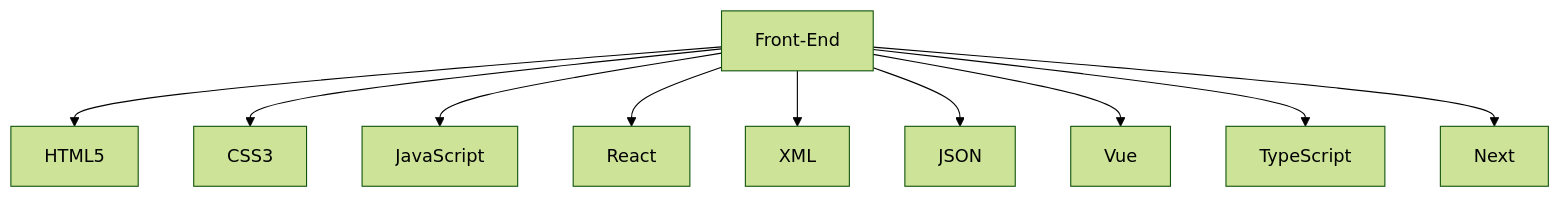
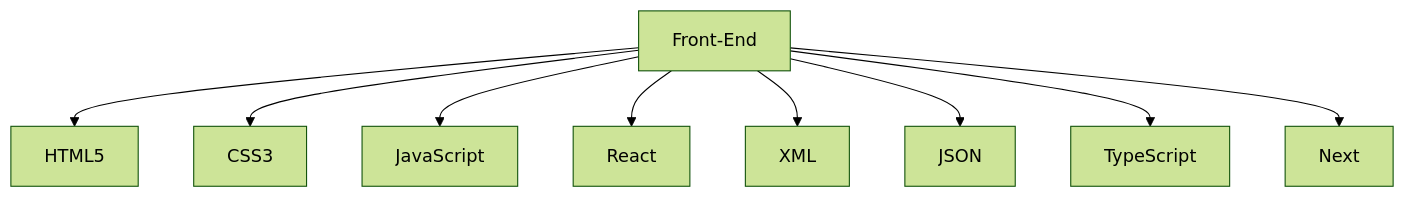
One commit to jcortes009/jcortes009 changed the diagram in README.md. Above: the diagram before and after it, drawn with Mermaid (forest theme).

````diff
--- a/README.md
+++ b/README.md
@@ -11,13 +11,12 @@
 ```mermaid
 graph TD;
     Front-End-->HTML5;
     Front-End-->CSS3;
     Front-End-->JavaScript;
     Front-End-->React;
     Front-End-->XML;
     Front-End-->JSON;
-    Front-End-->Vue;
     Front-End-->TypeScript;
     Front-End-->Next;
 
 ```
````
